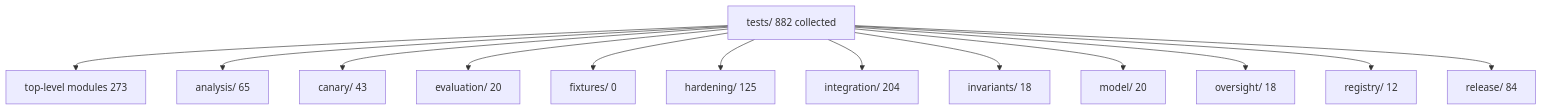
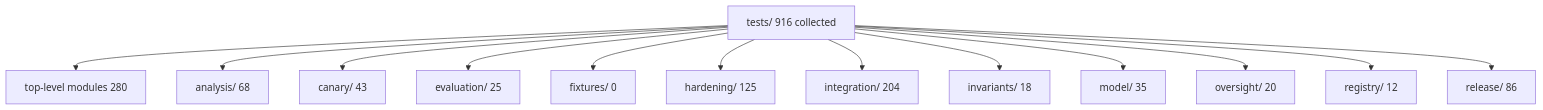
One commit to docxology/red_line changed the diagram in tests/README.md. Above: the diagram before and after it, drawn with Mermaid. The commit also changed other lines of this file and 66 other files, not shown here.

````diff
--- a/tests/README.md
+++ b/tests/README.md
@@ -7,28 +7,28 @@
 ```mermaid
 flowchart TD
-  root["tests/ 882 collected"]
-  top["top-level modules 273"]
-  analysis["analysis/ 65"]
+  root["tests/ 916 collected"]
+  top["top-level modules 280"]
+  analysis["analysis/ 68"]
   canary["canary/ 43"]
-  evaluation["evaluation/ 20"]
+  evaluation["evaluation/ 25"]
   fixtures["fixtures/ 0"]
   hardening["hardening/ 125"]
   integration["integration/ 204"]
   invariants["invariants/ 18"]
-  model["model/ 20"]
-  oversight["oversight/ 18"]
+  model["model/ 35"]
+  oversight["oversight/ 20"]
   registry["registry/ 12"]
-  release["release/ 84"]
+  release["release/ 86"]
   root --> top
   root --> analysis
   root --> canary
   root --> evaluation
   root --> fixtures
   root --> hardening
   root --> integration
   root --> invariants
   root --> model
   root --> oversight
   root --> registry
   root --> release
 ```
````
